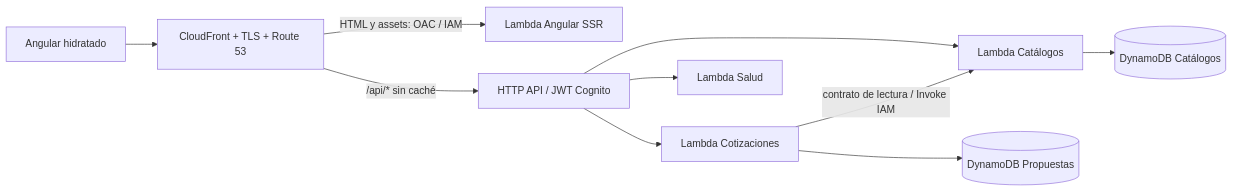
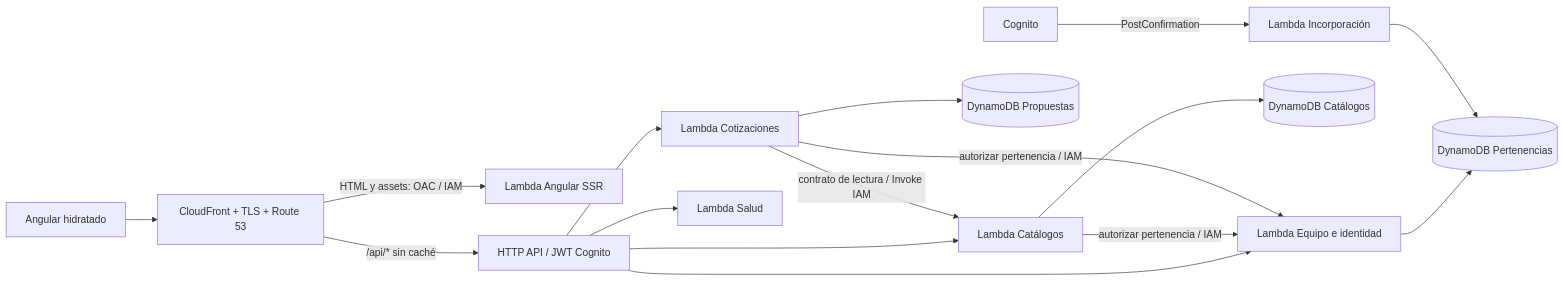
The diagram in docs/architecture/ARCHITECTURE.md (LynxPardelle/cotizador-de-catalogo), drawn with Mermaid before and after one commit. The commit also changed other lines of this file and 47 other files, not shown here.

````diff
--- a/docs/architecture/ARCHITECTURE.md
+++ b/docs/architecture/ARCHITECTURE.md
@@ -5,12 +5,18 @@
 ```mermaid
 flowchart LR
   Browser[Angular hidratado] --> CDN[CloudFront + TLS + Route 53]
   CDN -->|HTML y assets: OAC / IAM| Web[Lambda Angular SSR]
   CDN -->|/api/* sin caché| API[HTTP API / JWT Cognito]
   API --> Catalog[Lambda Catálogos]
   API --> Quote[Lambda Cotizaciones]
   API --> Health[Lambda Salud]
+  API --> Team[Lambda Equipo e identidad]
   Catalog --> CDB[(DynamoDB Catálogos)]
   Quote --> QDB[(DynamoDB Propuestas)]
+  Team --> MDB[(DynamoDB Pertenencias)]
+  Catalog -->|autorizar pertenencia / IAM| Team
+  Quote -->|autorizar pertenencia / IAM| Team
   Quote -->|contrato de lectura / Invoke IAM| Catalog
+  Cognito[Cognito] -->|PostConfirmation| Onboard[Lambda Incorporación]
+  Onboard --> MDB
 ```
````
